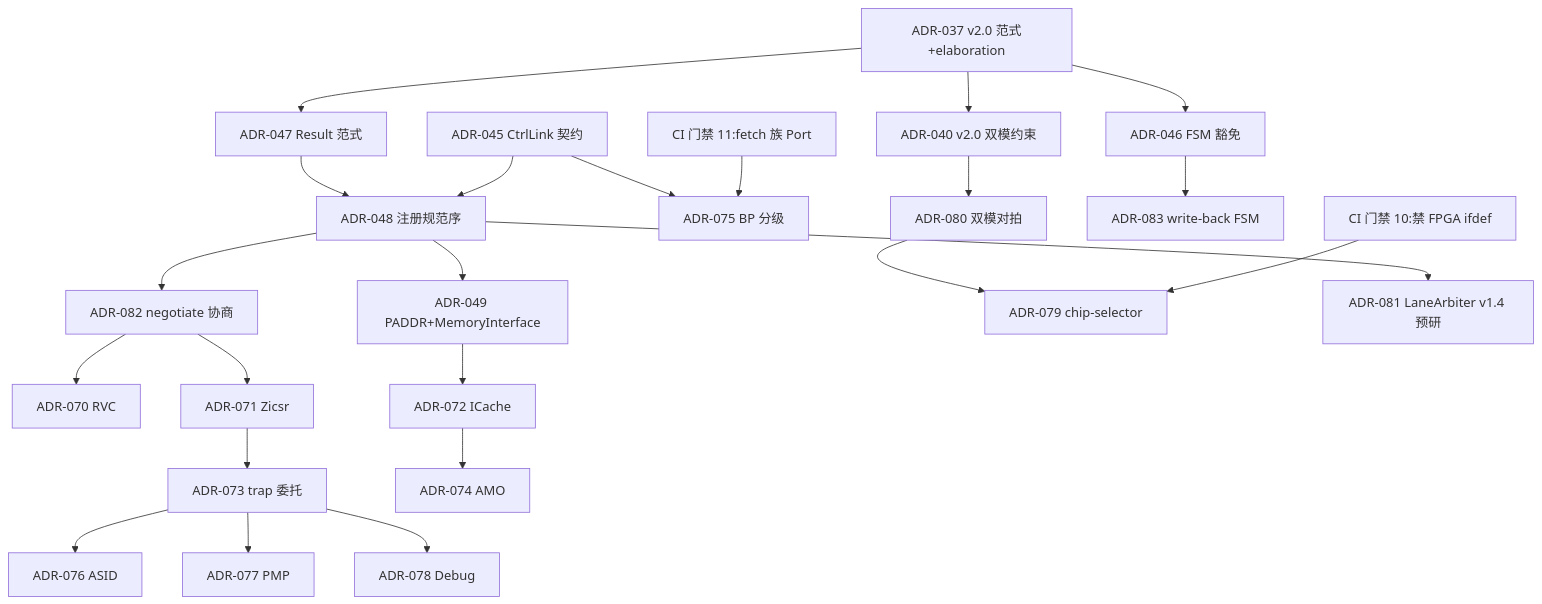
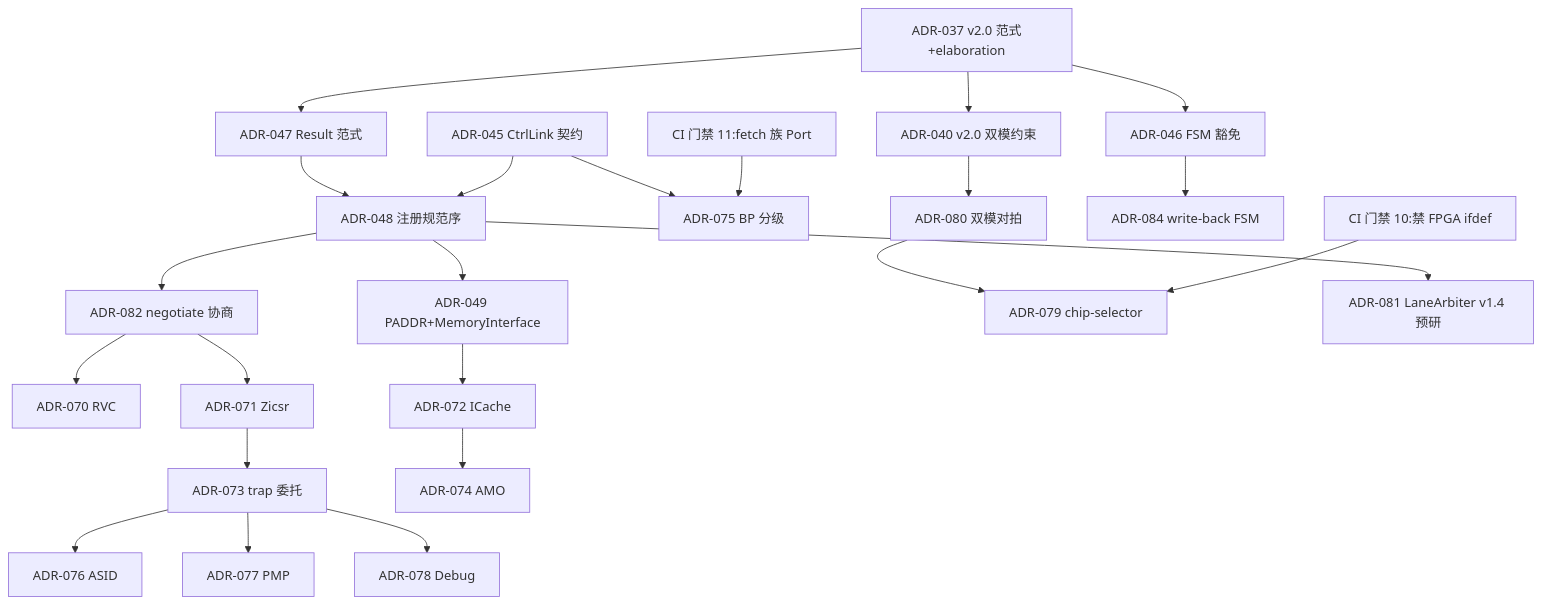
Before and after one commit to chisuhua/ChipForge: the first of 2 diagrams in docs/research/adr-matrix.md, drawn with Mermaid. The commit also changed other lines of this file and 8 other files, not shown here.

First line of the commit message:
docs(roadmap): v1.2 sign-off - 4 rounds review closed (44 fixes)

````diff
--- a/docs/research/adr-matrix.md
+++ b/docs/research/adr-matrix.md
@@ -52,25 +52,25 @@
 ```mermaid
 graph TD
     A037[ADR-037 v2.0 范式+elaboration] --> A040[ADR-040 v2.0 双模约束]
     A037 --> A046[ADR-046 FSM 豁免]
     A037 --> A047[ADR-047 Result 范式]
     A047 --> A048[ADR-048 注册规范序]
     A045[ADR-045 CtrlLink 契约] --> A048
     A048 --> A049[ADR-049 PADDR+MemoryInterface]
     A048 --> A082[ADR-082 negotiate 协商]
     A082 --> A070[ADR-070 RVC]
     A082 --> A071[ADR-071 Zicsr]
     A049 --> A072[ADR-072 ICache]
     A071 --> A073[ADR-073 trap 委托]
     A045 --> A075[ADR-075 BP 分级]
     A072 --> A074[ADR-074 AMO]
     A073 --> A076[ADR-076 ASID]
     A073 --> A077[ADR-077 PMP]
     A073 --> A078[ADR-078 Debug]
     A040 --> A080[ADR-080 双模对拍]
     A080 --> A079[ADR-079 chip-selector]
     A048 --> A081[ADR-081 LaneArbiter v1.4 预研]
-    A046 --> A083[ADR-083 write-back FSM]
+    A046 --> A084[ADR-084 write-back FSM]
     G10[CI 门禁 10:禁 FPGA ifdef] --> A079
     G11[CI 门禁 11:fetch 族 Port] --> A075
 ```
````
